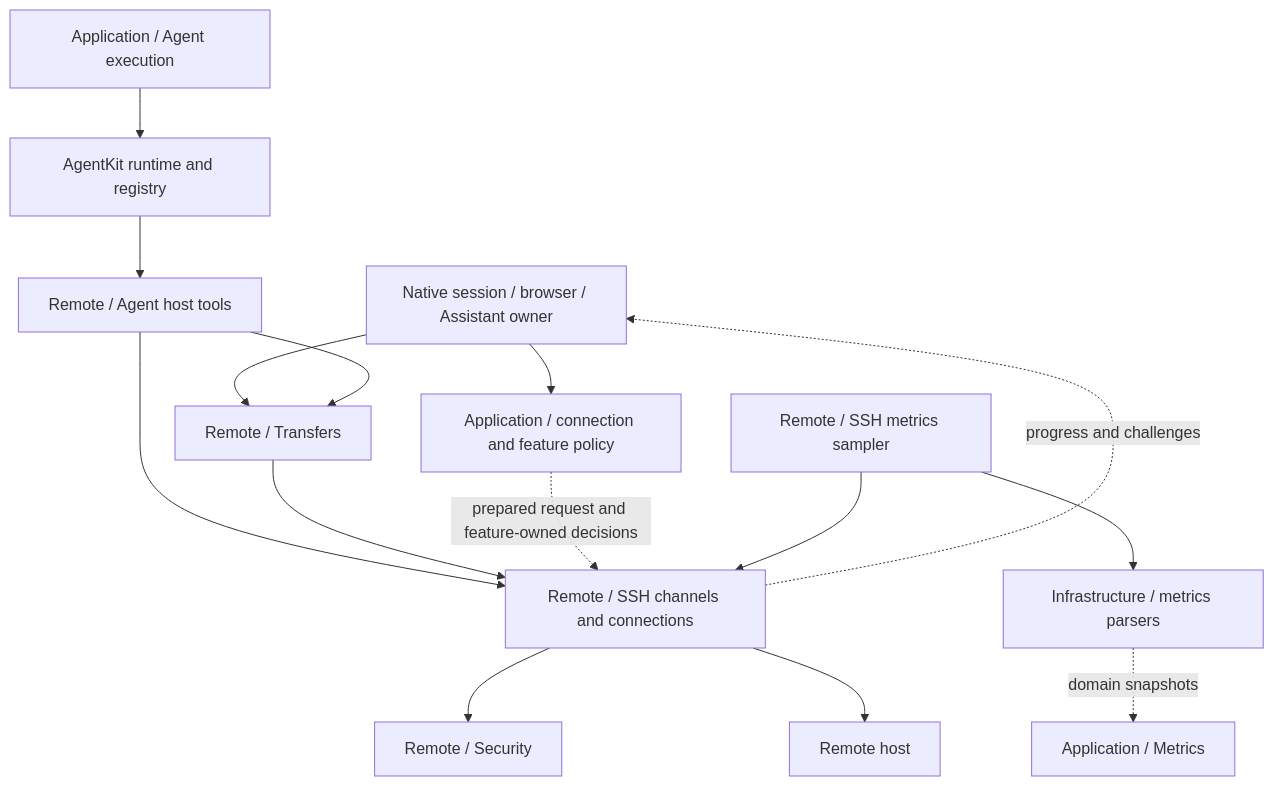
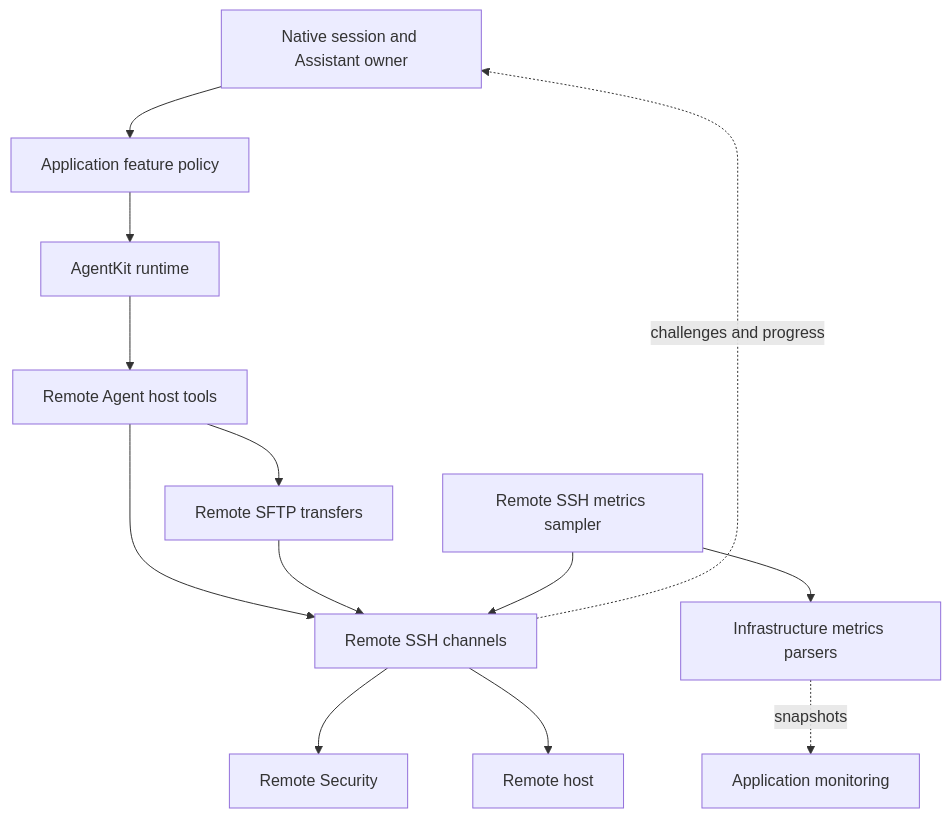
Before and after one commit to AkinoKaede/Termind: the second of 3 diagrams in openwiki/architecture/shared-module-directories.md, drawn with Mermaid. The commit also changed other lines of this file and 56 other files, not shown here.

````diff
--- a/openwiki/architecture/shared-module-directories.md
+++ b/openwiki/architecture/shared-module-directories.md
@@ -280,17 +239,15 @@
 ```mermaid
 flowchart TB
-    Native["Native session / browser / Assistant owner"] --> Policy["Application / connection and feature policy"]
-    Native --> Transfer["Remote / Transfers"]
-    Assistant["Application / Agent execution"] --> Runtime["AgentKit runtime and registry"]
-    Runtime --> Tools["Remote / Agent host tools"]
-    Tools --> Transfer
-    Tools --> SSH["Remote / SSH channels and connections"]
+    Native["Native session and Assistant owner"] --> Policy["Application feature policy"]
+    Policy --> Runtime["AgentKit runtime"]
+    Runtime --> Tools["Remote Agent host tools"]
+    Tools --> SSH["Remote SSH channels"]
+    Tools --> Transfer["Remote SFTP transfers"]
     Transfer --> SSH
-    Policy -.->|prepared request and feature-owned decisions| SSH
-    SSH --> Security["Remote / Security"]
+    SSH --> Security["Remote Security"]
     SSH --> Host["Remote host"]
-    SSH -.->|progress and challenges| Native
-    Metrics["Remote / SSH metrics sampler"] --> SSH
-    Metrics --> Parsers["Infrastructure / metrics parsers"]
-    Parsers -.->|domain snapshots| Monitor["Application / Metrics"]
+    SSH -.->|challenges and progress| Native
+    Metrics["Remote SSH metrics sampler"] --> SSH
+    Metrics --> Parsers["Infrastructure metrics parsers"]
+    Parsers -.->|snapshots| Monitor["Application monitoring"]
 ```
````
